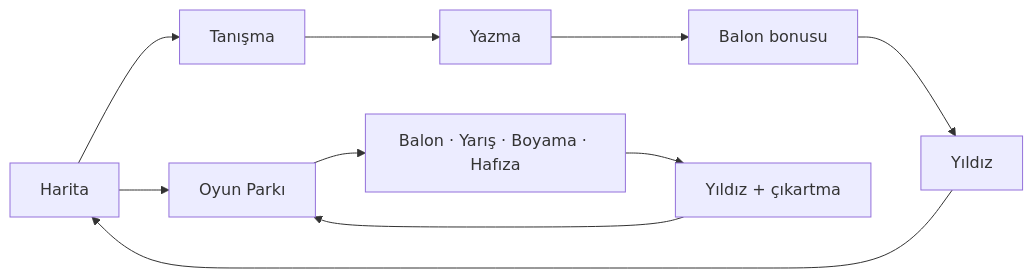
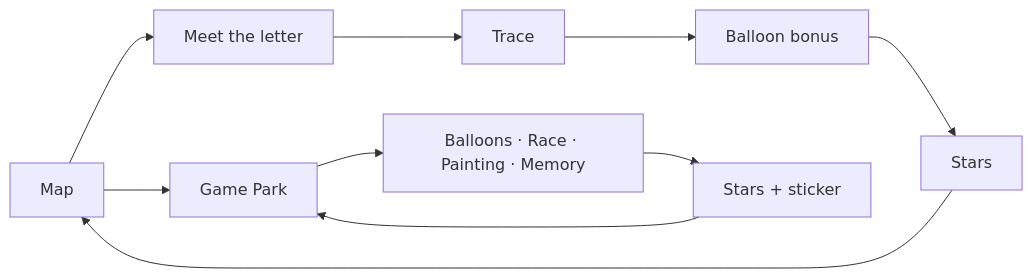
Before and after one commit to zehraeraslan/harf-macerasi: the diagram in README.md, drawn with Mermaid. The commit also changed other lines of this file and 1 other file, not shown here.

````diff
--- a/README.md
+++ b/README.md
@@ -64,7 +68,7 @@
 ```mermaid
 flowchart LR
-  map["Harita"] --> intro["Tanışma"] --> trace["Yazma"] --> bonus["Balon bonusu"] --> stars["Yıldız"] --> map
-  map --> park["Oyun Parkı"]
-  park --> games["Balon · Yarış · Boyama · Hafıza"]
-  games --> reward["Yıldız + çıkartma"] --> park
+  map["Map"] --> intro["Meet the letter"] --> trace["Trace"] --> bonus["Balloon bonus"] --> stars["Stars"] --> map
+  map --> park["Game Park"]
+  park --> games["Balloons · Race · Painting · Memory"]
+  games --> reward["Stars + sticker"] --> park
 ```
````
